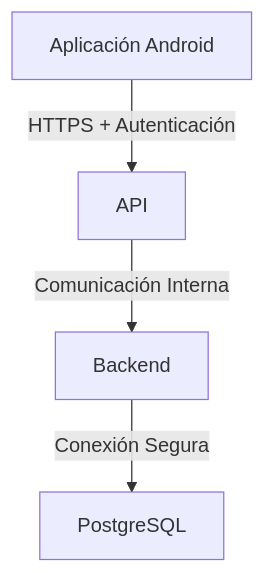
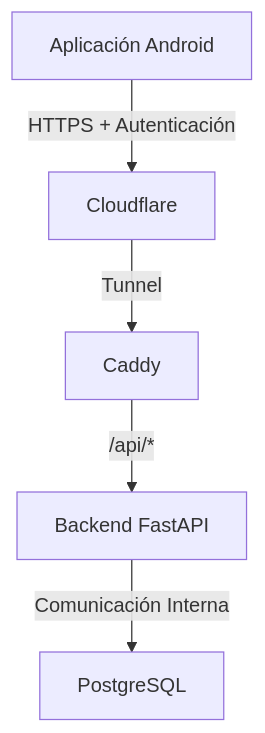
One commit to chirijose79-ui/Chiri changed the fourth of 5 diagrams in docs/080_Despliegue.md. Above: the diagram before and after it, drawn with Mermaid. The commit also changed other lines of this file, not shown here.

````diff
--- a/docs/080_Despliegue.md
+++ b/docs/080_Despliegue.md
@@ -245,12 +253,14 @@
 ```mermaid
 flowchart TD
 
-    Android -->|HTTPS + Autenticación| API
-    API -->|Comunicación Interna| Backend
-    Backend -->|Conexión Segura| PostgreSQL
+    Android -->|HTTPS + Autenticación| Cloudflare
+    Cloudflare -->|Tunnel| Caddy
+    Caddy -->|/api/*| Backend
+    Backend -->|Comunicación Interna| PostgreSQL
 
     Android["Aplicación Android"]
-    API["API"]
-    Backend["Backend"]
+    Cloudflare["Cloudflare"]
+    Caddy["Caddy"]
+    Backend["Backend FastAPI"]
     PostgreSQL["PostgreSQL"]
 ```
````
